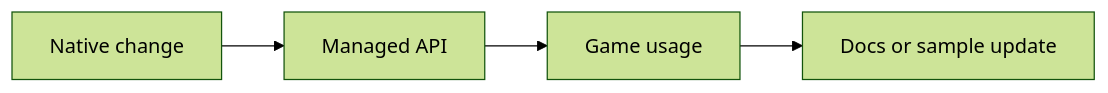
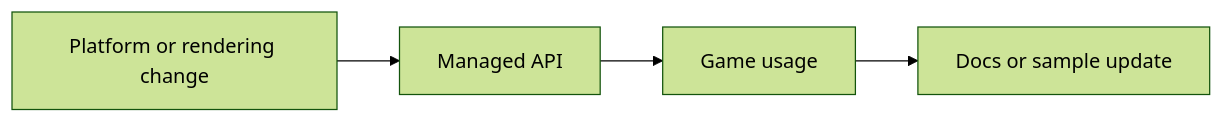
The diagram in docs/implementation-guide.md (jihadkhawaja/AssemblyEngine), drawn with Mermaid (forest theme) before and after one commit. The commit also changed other lines of this file and 61 other files, not shown here.

````diff
--- a/docs/implementation-guide.md
+++ b/docs/implementation-guide.md
@@ -9,6 +9,6 @@
 ```mermaid
 flowchart LR
-    Native[Native change] --> Runtime[Managed API]
+    Platform[Platform or rendering change] --> Runtime[Managed API]
     Runtime --> Gameplay[Game usage]
     Gameplay --> Docs[Docs or sample update]
 ```
````
